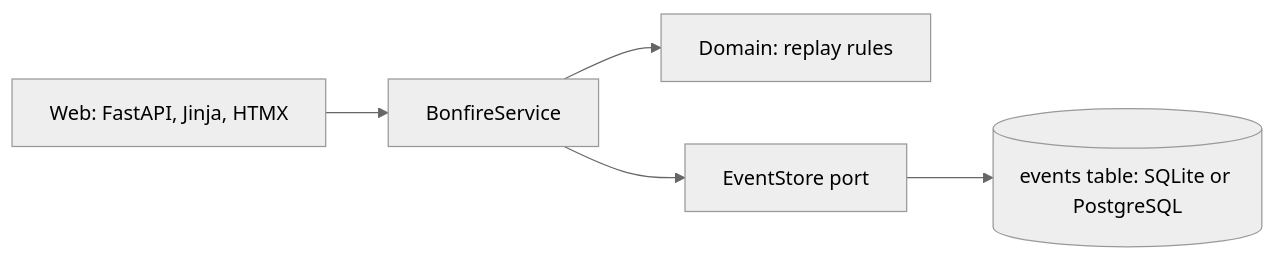
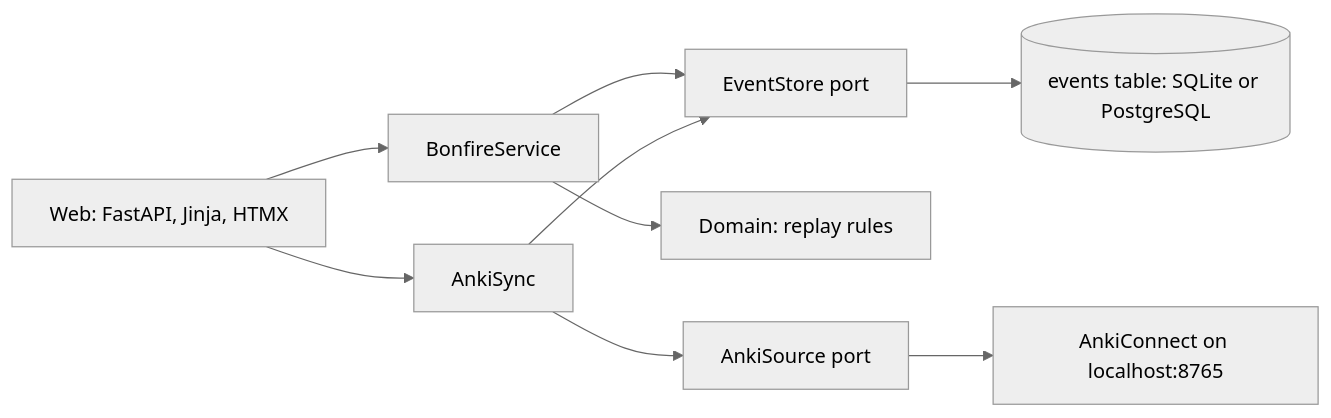
Before and after one commit to MBigaj/DontYouDareGoHollow: the diagram in README.md, drawn with Mermaid (neutral theme). The commit also changed other lines of this file and 17 other files, not shown here.

First line of the commit message:
feature - Anki sync through AnkiConnect

````diff
--- a/README.md
+++ b/README.md
@@ -41,7 +64,11 @@
 ```mermaid
 flowchart LR
   W[Web: FastAPI, Jinja, HTMX] --> S[BonfireService]
+  W --> A[AnkiSync]
+  A --> AP[AnkiSource port]
+  AP --> AC[AnkiConnect on localhost:8765]
   S --> D[Domain: replay rules]
   S --> P[EventStore port]
+  A --> P
   P --> DB[(events table: SQLite or PostgreSQL)]
 ```
````
